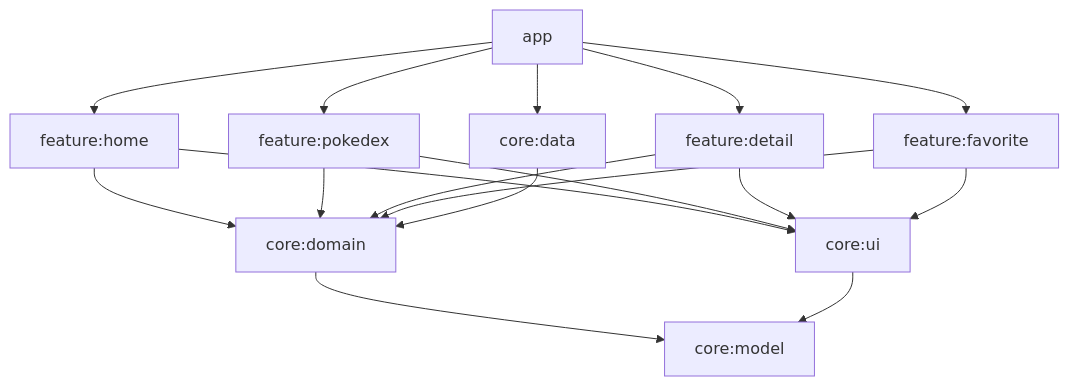
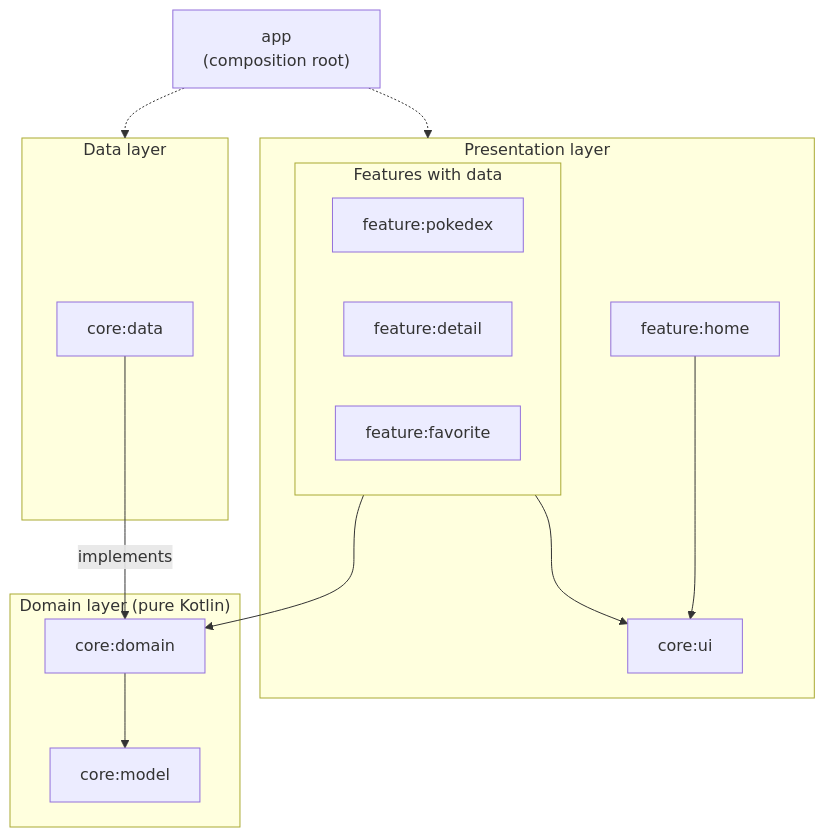
Before and after one commit to althoofandy/PokemonApps: the first of 2 diagrams in README.md, drawn with Mermaid. The commit also changed other lines of this file and 1 other file, not shown here.

Commit message:
[Althoofandy] docs: show module layers and request flow in README
Redraw the architecture diagram by layer, with app as the composition root, and add a diagram of how a request flows through the modules. feature:home now depends on core:ui only, since it has no ViewModel and doesn't use the domain layer or Koin.

````diff
--- a/README.md
+++ b/README.md
@@ -40,9 +40,32 @@
 ```mermaid
-graph TD
-    app --> feature:home & feature:pokedex & feature:detail & feature:favorite
-    app --> core:data
-    feature:home & feature:pokedex & feature:detail & feature:favorite --> core:domain & core:ui
-    core:data --> core:domain
-    core:domain --> core:model
-    core:ui --> core:model
+flowchart TB
+    app["app<br/>(composition root)"]
+
+    subgraph presentation["Presentation layer"]
+        home["feature:home"]
+        subgraph features["Features with data"]
+            pokedex["feature:pokedex"]
+            detail["feature:detail"]
+            favorite["feature:favorite"]
+        end
+        ui["core:ui"]
+    end
+
+    subgraph domainLayer["Domain layer (pure Kotlin)"]
+        domain["core:domain"]
+        model["core:model"]
+    end
+
+    subgraph dataLayer["Data layer"]
+        data["core:data"]
+    end
+
+    home --> ui
+    features --> ui
+    features --> domain
+    data -->|implements| domain
+    domain --> model
+
+    app -.-> presentation
+    app -.-> dataLayer
 ```
````
